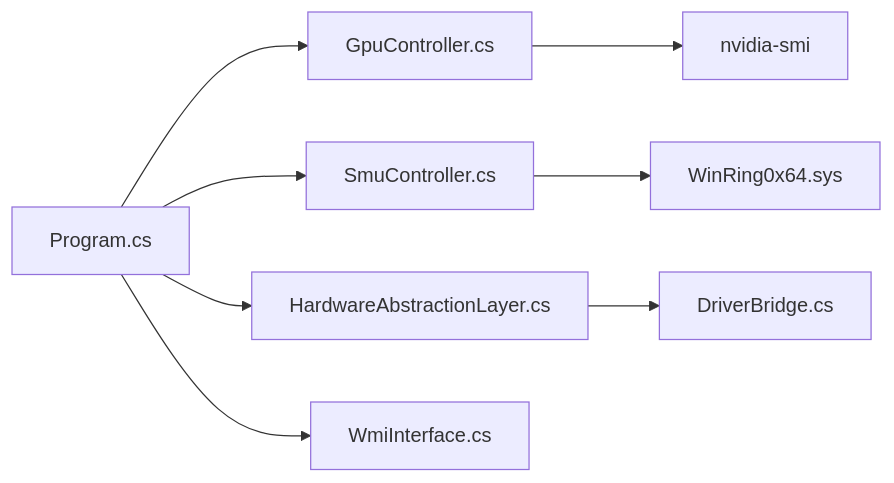
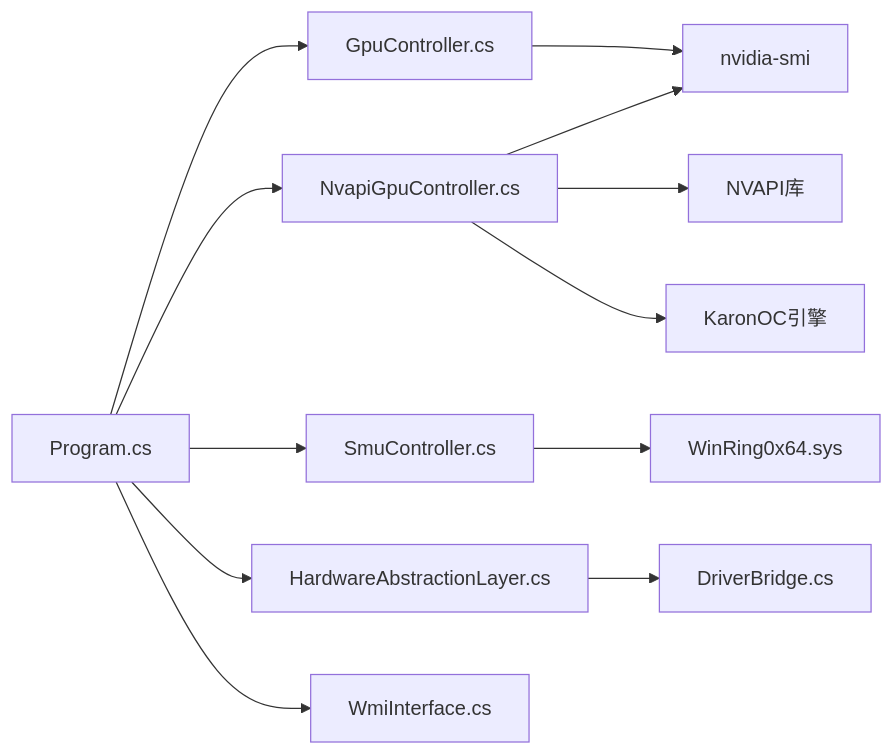
One commit to KanzakiK/DOUZHANZHE-Control changed the sixth of 6 diagrams in .qoder/repowiki/zh/content/API参考文档/GPU控制器API.md. Above: the diagram before and after it, drawn with Mermaid. The commit also changed other lines of this file and 27 other files, not shown here.

````diff
--- a/.qoder/repowiki/zh/content/API参考文档/GPU控制器API.md
+++ b/.qoder/repowiki/zh/content/API参考文档/GPU控制器API.md
@@ -271,10 +341,14 @@
 ```mermaid
 graph LR
 API["Program.cs"] --> GPU["GpuController.cs"]
+API --> NVAPI["NvapiGpuController.cs"]
 API --> SMU["SmuController.cs"]
 API --> HAL["HardwareAbstractionLayer.cs"]
 API --> WMI["WmiInterface.cs"]
 GPU --> SMI["nvidia-smi"]
+NVAPI --> SMI
+NVAPI --> NVAPI_LIB["NVAPI库"]
+NVAPI --> KARONOC["KaronOC引擎"]
 SMU --> WINRING0["WinRing0x64.sys"]
 HAL --> DRIVER["DriverBridge.cs"]
 ```
````
